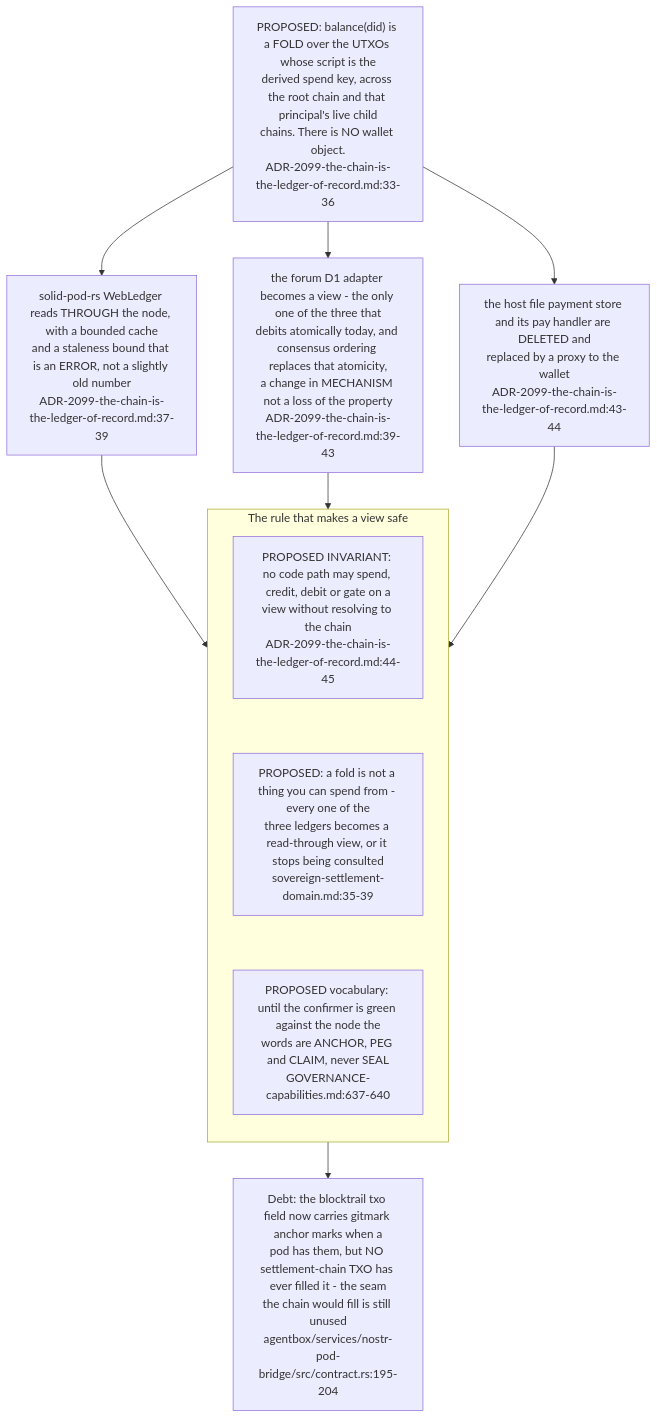
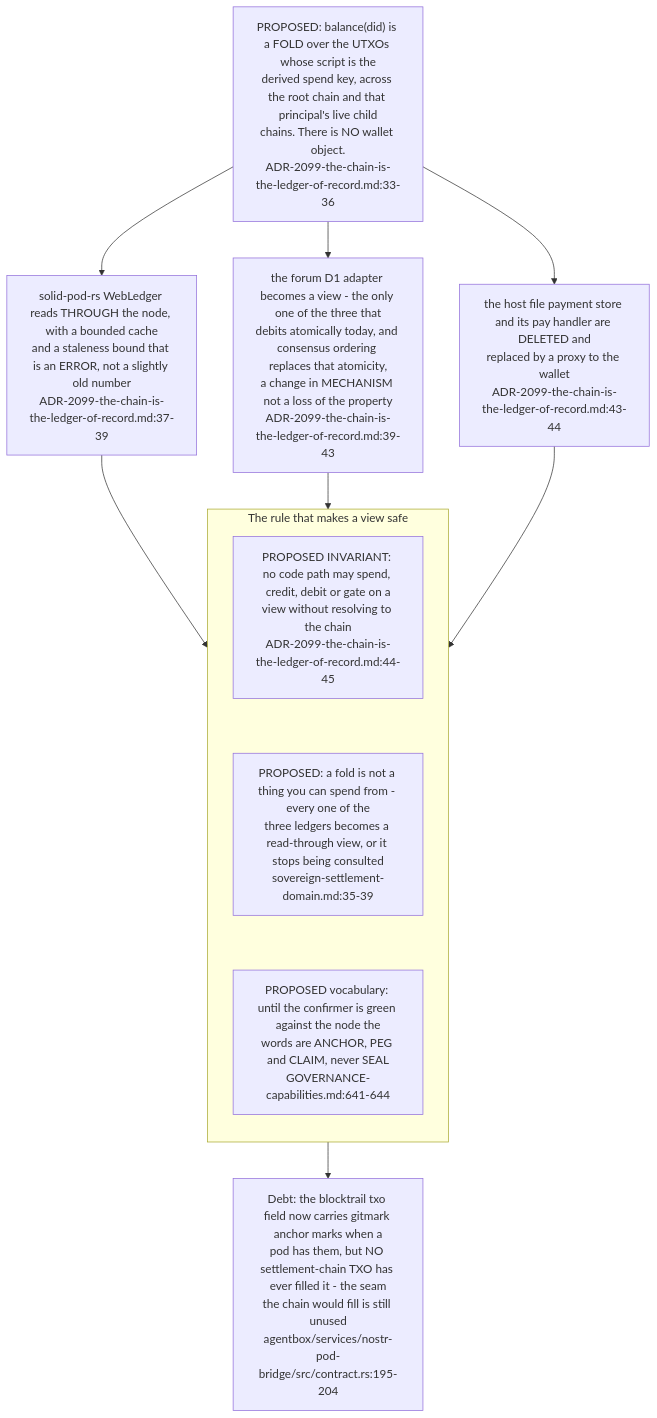
The fourth of 7 diagrams in docs/diagrams/agentbox/31-sovereign-settlement.md (DreamLab-AI/VisionFlow), drawn with Mermaid before and after one commit. The commit also changed other lines of this file and 142 other files, not shown here.

First line of the commit message:
docs(diagrams): one System One route; re-verify 140 topics at today's heads

````diff
--- a/docs/diagrams/agentbox/31-sovereign-settlement.md
+++ b/docs/diagrams/agentbox/31-sovereign-settlement.md
@@ -168,18 +168,18 @@
 ```mermaid
 flowchart TB
     FOLD["PROPOSED: balance(did) is a FOLD over the UTXOs whose script is the<br/>derived spend key, across the root chain and that principal's live child<br/>chains. There is NO wallet object.<br/>ADR-2099-the-chain-is-the-ledger-of-record.md:33-36"]
     FOLD --> V1["solid-pod-rs WebLedger reads THROUGH the node, with a bounded cache<br/>and a staleness bound that is an ERROR, not a slightly old number<br/>ADR-2099-the-chain-is-the-ledger-of-record.md:37-39"]
     FOLD --> V2["the forum D1 adapter becomes a view - the only one of the three that<br/>debits atomically today, and consensus ordering replaces that atomicity,<br/>a change in MECHANISM not a loss of the property<br/>ADR-2099-the-chain-is-the-ledger-of-record.md:39-43"]
     FOLD --> V3["the host file payment store and its pay handler are DELETED and<br/>replaced by a proxy to the wallet<br/>ADR-2099-the-chain-is-the-ledger-of-record.md:43-44"]
     subgraph rule["The rule that makes a view safe"]
         direction TB
         R1["PROPOSED INVARIANT: no code path may spend, credit, debit or gate on a<br/>view without resolving to the chain<br/>ADR-2099-the-chain-is-the-ledger-of-record.md:44-45"]
         R2["PROPOSED: a fold is not a thing you can spend from - every one of the<br/>three ledgers becomes a read-through view, or it stops being consulted<br/>sovereign-settlement-domain.md:35-39"]
-        R3["PROPOSED vocabulary: until the confirmer is green against the node the<br/>words are ANCHOR, PEG and CLAIM, never SEAL<br/>GOVERNANCE-capabilities.md:637-640"]
+        R3["PROPOSED vocabulary: until the confirmer is green against the node the<br/>words are ANCHOR, PEG and CLAIM, never SEAL<br/>GOVERNANCE-capabilities.md:641-644"]
         R1 ~~~ R2 ~~~ R3
     end
     V1 --> rule
     V2 --> rule
     V3 --> rule
     rule --> DEBT["Debt: the blocktrail txo field now carries gitmark anchor marks when a<br/>pod has them, but NO settlement-chain TXO has ever filled it - the seam<br/>the chain would fill is still unused<br/>agentbox/services/nostr-pod-bridge/src/contract.rs:195-204"]
 ```
````
